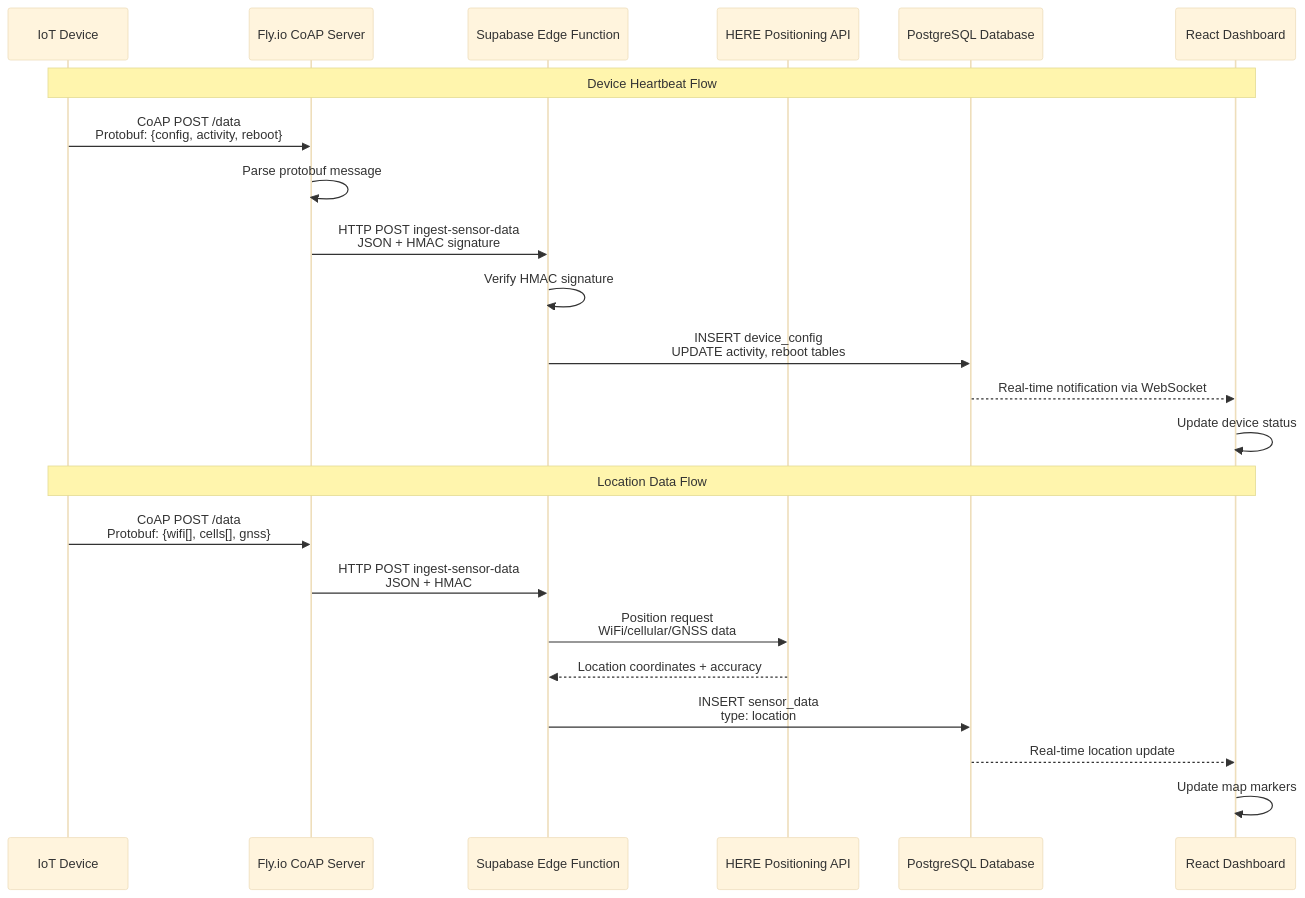
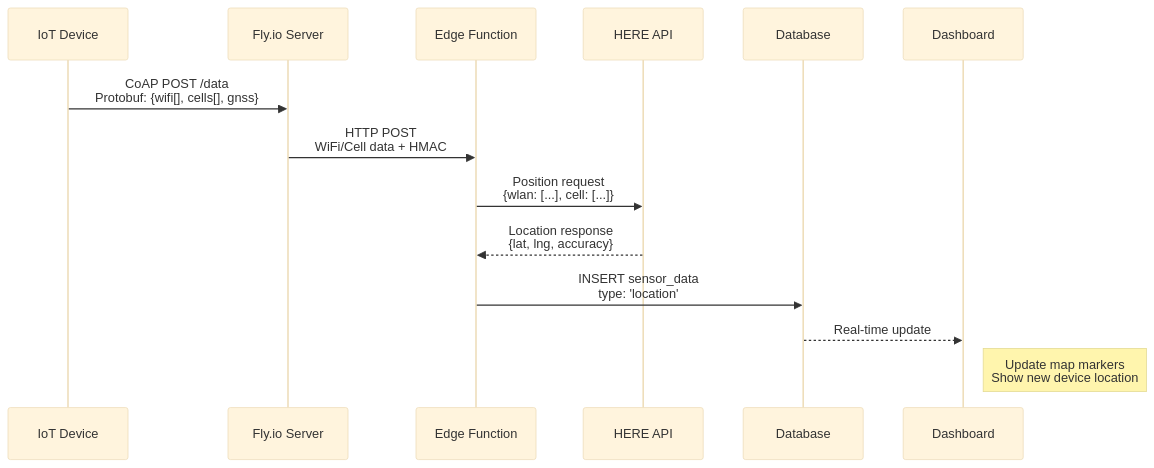
Before and after one commit to promillen/moc-docs: the third of 4 diagrams in pages/architecture/system-overview.mdx, drawn with Mermaid (base theme). The commit also changed other lines of this file and 8 other files, not shown here.

````diff
--- a/pages/architecture/system-overview.mdx
+++ b/pages/architecture/system-overview.mdx
@@ -79,27 +100,17 @@
 ```mermaid
 sequenceDiagram
     participant Device as IoT Device
-    participant Fly as Fly.io CoAP Server
-    participant Edge as Supabase Edge Function
-    participant HERE as HERE Positioning API
-    participant DB as PostgreSQL Database
-    participant Dashboard as React Dashboard
+    participant Fly as Fly.io Server
+    participant Edge as Edge Function
+    participant HERE as HERE API
+    participant DB as Database
+    participant Dashboard as Dashboard
 
-    Note over Device, Dashboard: Device Heartbeat Flow
-    Device->>Fly: CoAP POST /data<br/>Protobuf: {config, activity, reboot}
-    Fly->>Fly: Parse protobuf message
-    Fly->>Edge: HTTP POST ingest-sensor-data<br/>JSON + HMAC signature
-    Edge->>Edge: Verify HMAC signature
-    Edge->>DB: INSERT device_config<br/>UPDATE activity, reboot tables
-    DB-->>Dashboard: Real-time notification via WebSocket
-    Dashboard->>Dashboard: Update device status
-
-    Note over Device, Dashboard: Location Data Flow  
     Device->>Fly: CoAP POST /data<br/>Protobuf: {wifi[], cells[], gnss}
-    Fly->>Edge: HTTP POST ingest-sensor-data<br/>JSON + HMAC
-    Edge->>HERE: Position request<br/>WiFi/cellular/GNSS data
-    HERE-->>Edge: Location coordinates + accuracy
-    Edge->>DB: INSERT sensor_data<br/>type: location
-    DB-->>Dashboard: Real-time location update
-    Dashboard->>Dashboard: Update map markers
+    Fly->>Edge: HTTP POST<br/>WiFi/Cell data + HMAC
+    Edge->>HERE: Position request<br/>{wlan: [...], cell: [...]}
+    HERE-->>Edge: Location response<br/>{lat, lng, accuracy}
+    Edge->>DB: INSERT sensor_data<br/>type: 'location'
+    DB-->>Dashboard: Real-time update
+    Note right of Dashboard: Update map markers<br/>Show new device location
 ```
````
